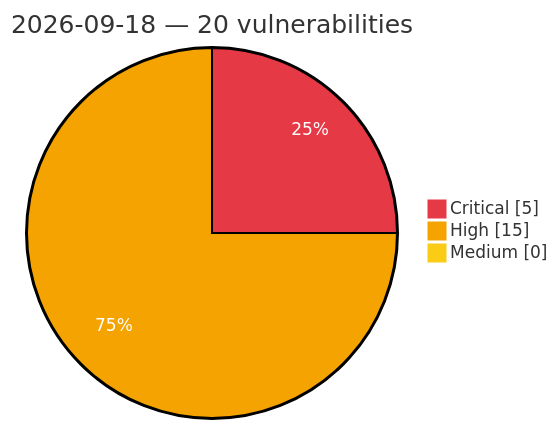
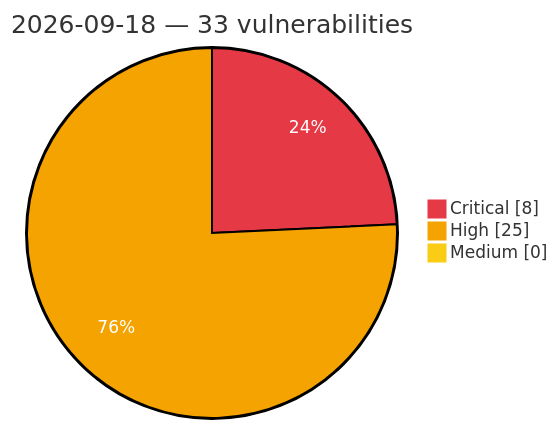
The diagram in vulnerabilities/2026/September/2026-09-18.md (GhostX0X/vuln-tracker), drawn with Mermaid before and after one commit. The commit also changed other lines of this file and 5 other files, not shown here.

Commit message:
Auto update: critical/high vulns (2026-09-18 13:51 UTC)

````diff
--- a/vulnerabilities/2026/September/2026-09-18.md
+++ b/vulnerabilities/2026/September/2026-09-18.md
@@ -3,8 +3,8 @@
 ```mermaid
 %%{init: {'theme':'base', 'themeVariables': {'pie1':'#e63946', 'pie2':'#f4a300', 'pie3':'#facc15', 'pieOpacity':'1', 'pieOuterStrokeWidth':'2px', 'pieSectionTextColor':'#ffffff'}}}%%
 pie showData
-    title 2026-09-18 — 20 vulnerabilities
-    "Critical" : 5
-    "High" : 15
+    title 2026-09-18 — 33 vulnerabilities
+    "Critical" : 8
+    "High" : 25
     "Medium" : 0
 ```
````
